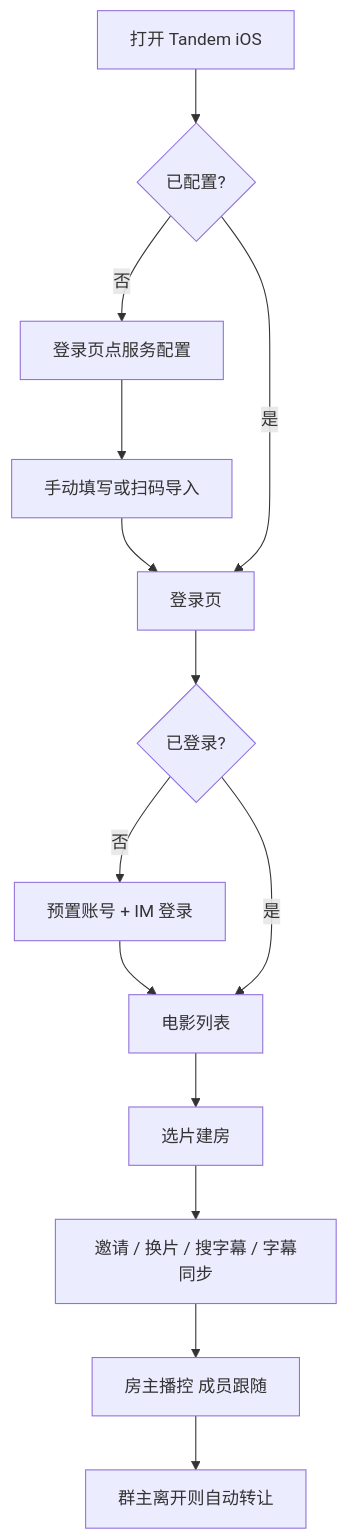
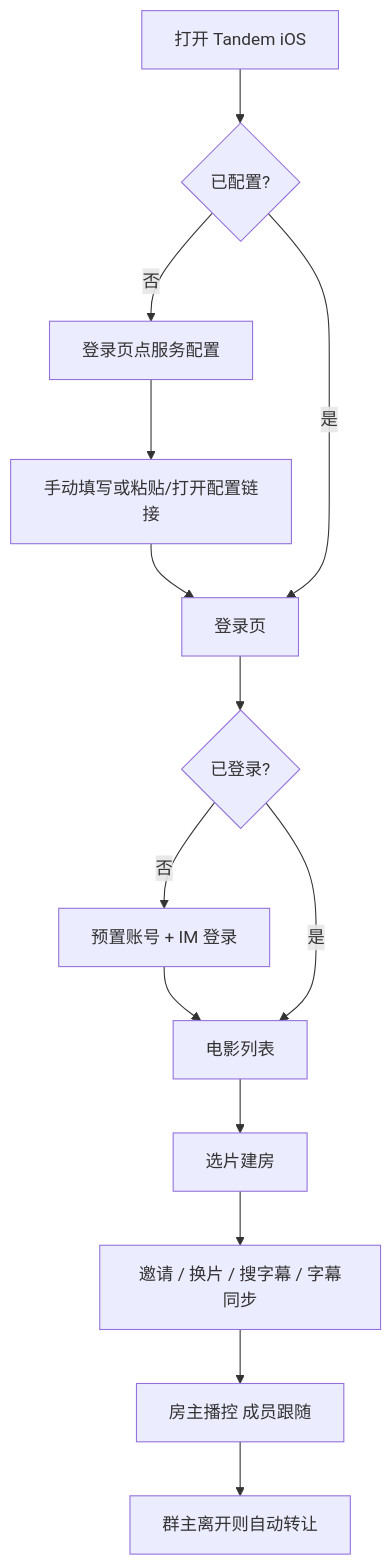
One commit to chaishuanzhu/Paircast changed the diagram in docs/PRD.md. Above: the diagram before and after it, drawn with Mermaid. The commit also changed other lines of this file and 15 other files, not shown here.

````diff
--- a/docs/PRD.md
+++ b/docs/PRD.md
@@ -684,16 +705,16 @@
 ```mermaid
 flowchart TD
   A[打开 Tandem iOS] --> B{已配置?}
   B -->|否| C[登录页点服务配置]
-  C --> D[手动填写或扫码导入]
+  C --> D[手动填写或粘贴/打开配置链接]
   D --> E[登录页]
   B -->|是| E
   E --> F{已登录?}
   F -->|否| G[预置账号 + IM 登录]
   G --> H[电影列表]
   F -->|是| H
   H --> I[选片建房]
   I --> J[邀请 / 换片 / 搜字幕 / 字幕同步]
   J --> K[房主播控 成员跟随]
   K --> L[群主离开则自动转让]
 ```
````
